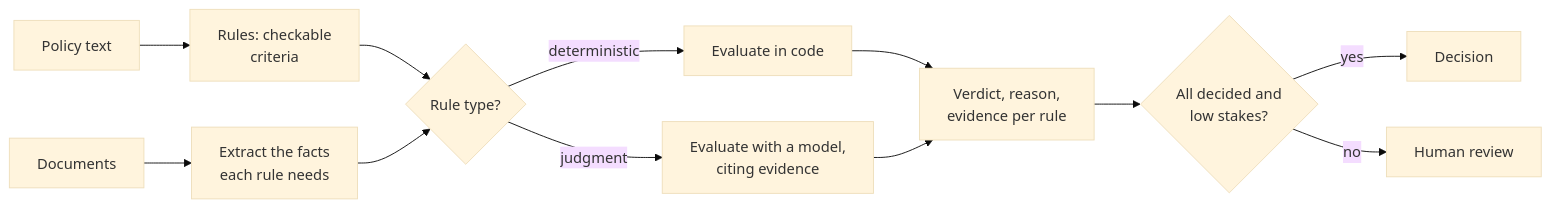
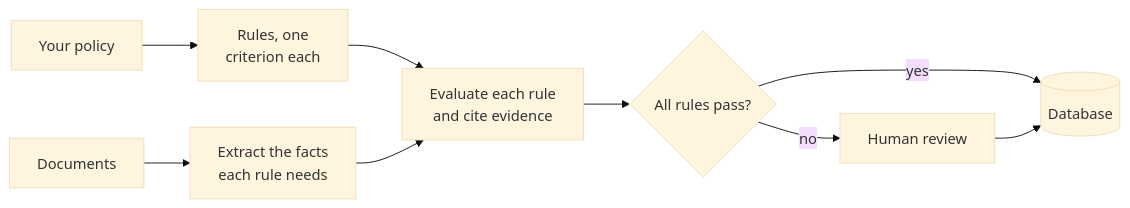
The diagram in docs/idp-fundamentals/rule-validation.md (aws-solutions-library-samples/accelerated-intelligent-document-processing-on-aws), drawn with Mermaid (base theme) before and after one commit. The commit also changed other lines of this file and 7 other files, not shown here.

````diff
--- a/docs/idp-fundamentals/rule-validation.md
+++ b/docs/idp-fundamentals/rule-validation.md
@@ -47,14 +52,11 @@
 ```mermaid
 flowchart LR
-    P[Policy text] --> R["Rules: checkable<br/>criteria"]
+    P[Your policy] --> R["Rules, one<br/>criterion each"]
     D[Documents] --> X["Extract the facts<br/>each rule needs"]
-    R --> E{"Rule type?"}
+    R --> E["Evaluate each rule<br/>and cite evidence"]
     X --> E
-    E -- deterministic --> C["Evaluate in code"]
-    E -- judgment --> M["Evaluate with a model,<br/>citing evidence"]
-    C --> F["Verdict, reason,<br/>evidence per rule"]
-    M --> F
-    F --> G{"All decided and<br/>low stakes?"}
-    G -- yes --> H[Decision]
-    G -- no --> I[Human review]
+    E --> F{"All rules pass?"}
+    F -- yes --> G[("Database")]
+    F -- no --> H[Human review]
+    H --> G
 ```
````
